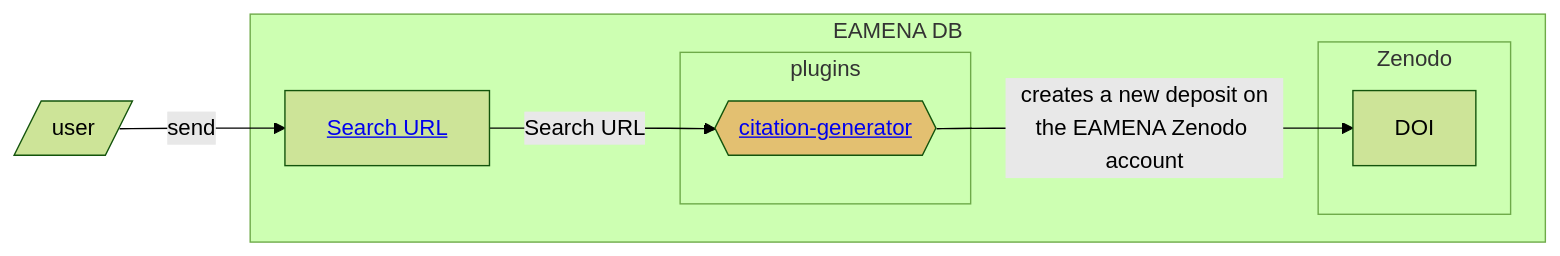
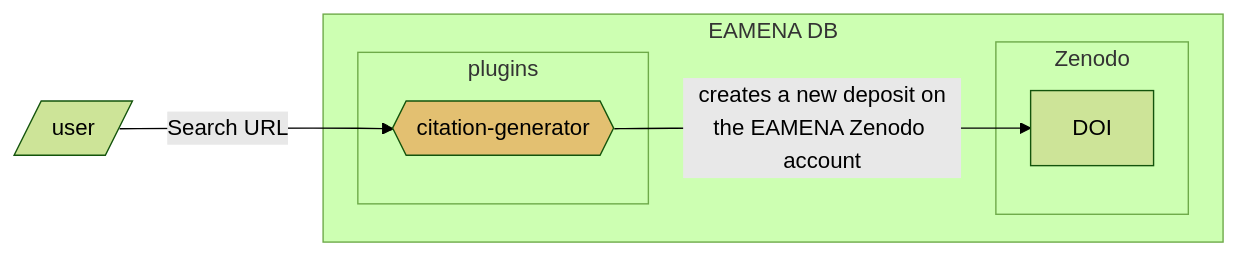
The first of 3 diagrams in data/bibref/README.md (eamena-project/eamena-arches-dev), drawn with Mermaid (forest theme) before and after one commit.

Commit message:
citation

````diff
--- a/data/bibref/README.md
+++ b/data/bibref/README.md
@@ -10,14 +10,13 @@
 ```mermaid
 flowchart LR
-	U[/user/] -- send --> A[<a href='https://github.com/eamena-project/eamena-arches-dev/blob/main/dbs/database.eamena/docs/notes/Arches%207%20Upgrade.md#splitchunk'>Search URL</a>];
+	U[/user/] -- Search URL --> G{{citation-generator}}:::eamenaFunc;
 		subgraph EAMENA DB
-		A --Search URL--> G{{<a href='https://github.com/eamena-project/eamena-arches-dev/tree/main/data/bibref#citation-generator'>citation-generator</a>}}:::eamenaFunc;
 			subgraph plugins
 			G
 			end
 		subgraph "Zenodo"
 		G -- creates a new deposit on<br>the EAMENA Zenodo account --> DOI
 		end
 	end
 	classDef eamenaFunc fill:#e3c071;
 ```
````
